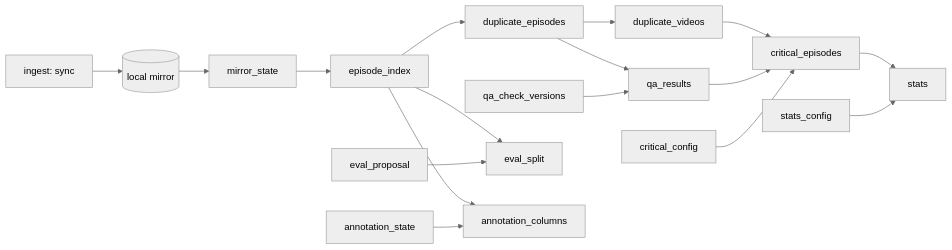
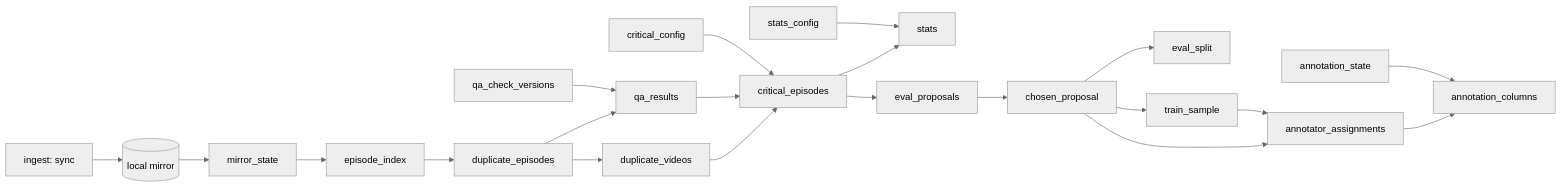
One commit to oopsie-data/oopsie-backend changed the diagram in docs/pipeline.md. Above: the diagram before and after it, drawn with Mermaid (neutral theme). The commit also changed other lines of this file and 11 other files, not shown here.

Commit message:
Adds proper steps for the creation of train and eval splits

````diff
--- a/docs/pipeline.md
+++ b/docs/pipeline.md
@@ -5,19 +5,23 @@
 ```mermaid
 flowchart LR
   sync["ingest: sync"] --> mirror[("local mirror")]
   mirror --> mirror_state
   mirror_state --> episode_index
   episode_index --> duplicate_episodes
   duplicate_episodes --> duplicate_videos
   duplicate_episodes --> qa_results
   qa_check_versions --> qa_results
   duplicate_videos --> critical_episodes
   qa_results --> critical_episodes
   critical_config --> critical_episodes
   critical_episodes --> stats
   stats_config --> stats
-  episode_index --> eval_split
-  eval_proposal --> eval_split
-  episode_index --> annotation_columns
+  critical_episodes --> eval_proposals
+  eval_proposals --> chosen_proposal
+  chosen_proposal --> eval_split
+  chosen_proposal --> train_sample
+  chosen_proposal --> annotator_assignments
+  train_sample --> annotator_assignments
+  annotator_assignments --> annotation_columns
   annotation_state --> annotation_columns
 ```
````
